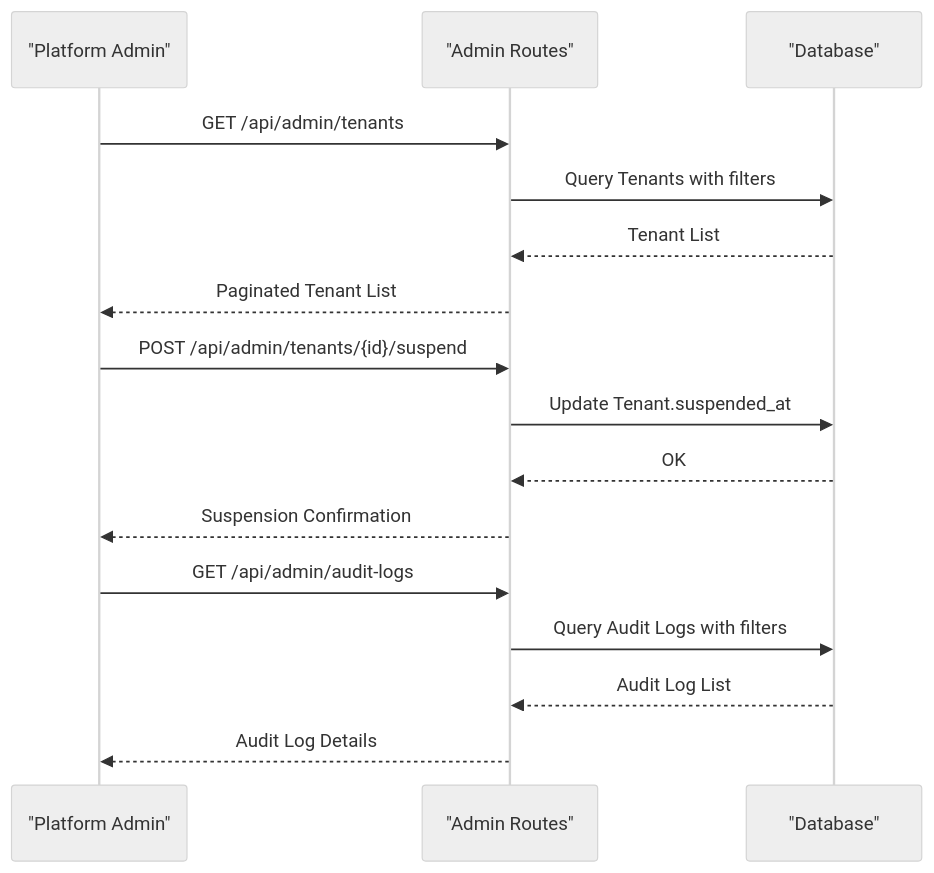
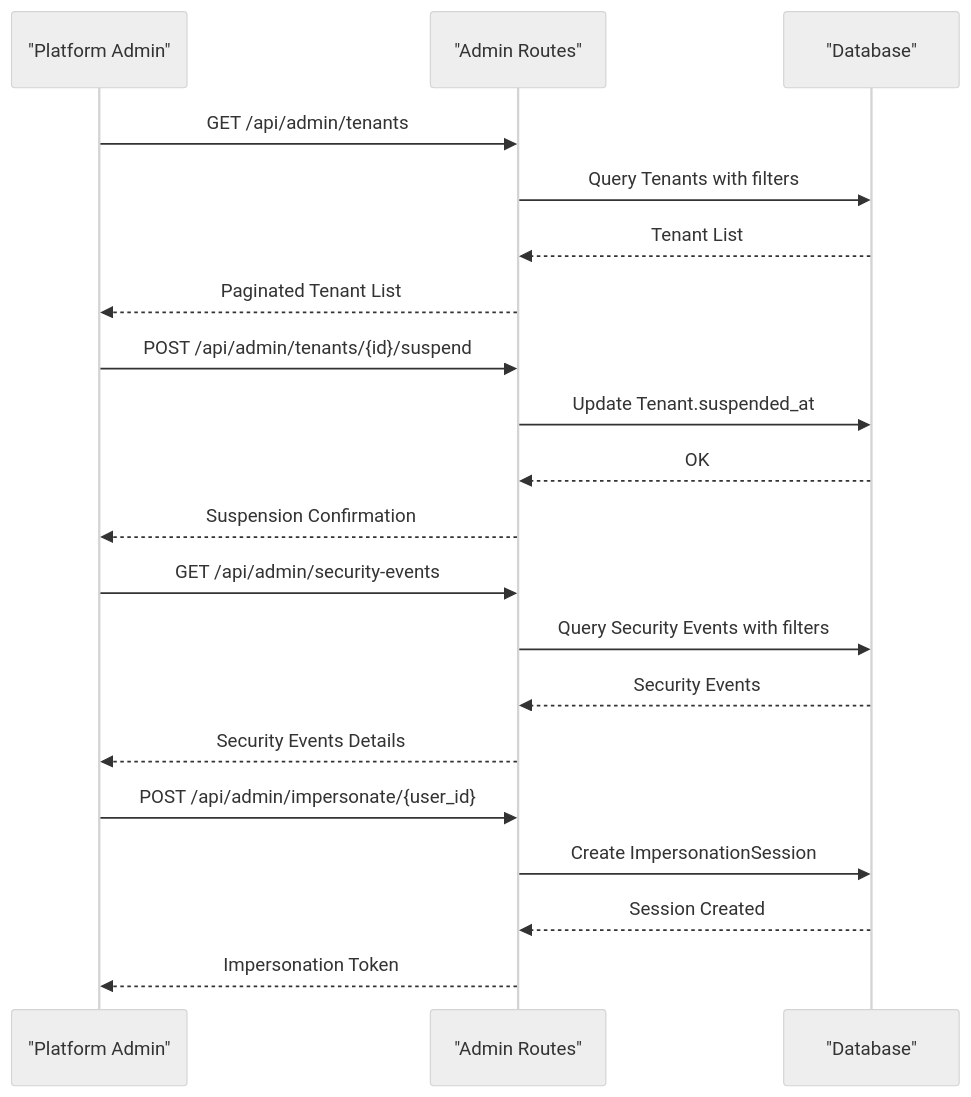
The tenth of 22 diagrams in .qoder/repowiki/en/content/Multi-Tenant System/Multi-Tenant System.md (Revanththetalogics/aireume), drawn with Mermaid (neutral theme) before and after one commit. The commit also changed other lines of this file and 14 other files, not shown here.

````diff
--- a/.qoder/repowiki/en/content/Multi-Tenant System/Multi-Tenant System.md
+++ b/.qoder/repowiki/en/content/Multi-Tenant System/Multi-Tenant System.md
@@ -346,18 +845,22 @@
 ```mermaid
 sequenceDiagram
 participant Admin as "Platform Admin"
 participant AdminRoute as "Admin Routes"
 participant DB as "Database"
 Admin->>AdminRoute : GET /api/admin/tenants
 AdminRoute->>DB : Query Tenants with filters
 DB-->>AdminRoute : Tenant List
 AdminRoute-->>Admin : Paginated Tenant List
 Admin->>AdminRoute : POST /api/admin/tenants/{id}/suspend
 AdminRoute->>DB : Update Tenant.suspended_at
 DB-->>AdminRoute : OK
 AdminRoute-->>Admin : Suspension Confirmation
-Admin->>AdminRoute : GET /api/admin/audit-logs
-AdminRoute->>DB : Query Audit Logs with filters
-DB-->>AdminRoute : Audit Log List
-AdminRoute-->>Admin : Audit Log Details
+Admin->>AdminRoute : GET /api/admin/security-events
+AdminRoute->>DB : Query Security Events with filters
+DB-->>AdminRoute : Security Events
+AdminRoute-->>Admin : Security Events Details
+Admin->>AdminRoute : POST /api/admin/impersonate/{user_id}
+AdminRoute->>DB : Create ImpersonationSession
+DB-->>AdminRoute : Session Created
+AdminRoute-->>Admin : Impersonation Token
 ```
````
